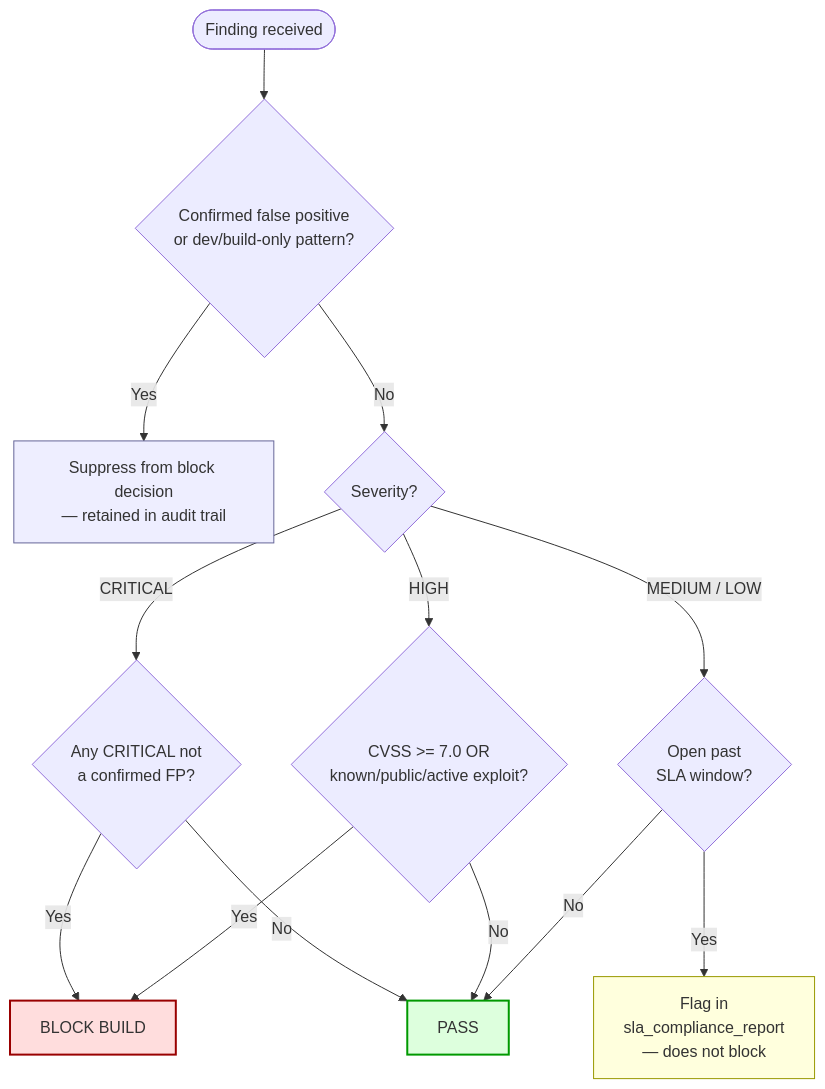
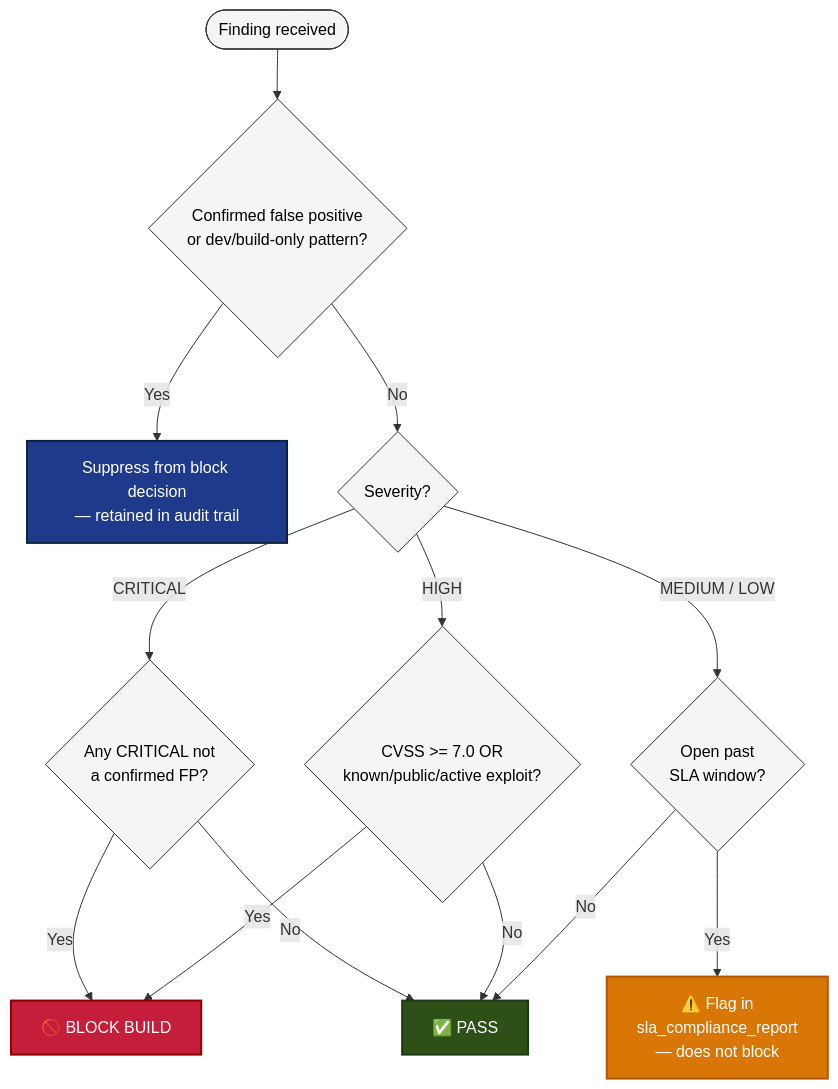
Before and after one commit to JoshuaOmosa/Devsecops-gate: the fourth of 5 diagrams in README.md, drawn with Mermaid. The commit also changed other lines of this file, not shown here.

````diff
--- a/README.md
+++ b/README.md
@@ -133,23 +142,29 @@
 ```mermaid
 flowchart TD
     Start([Finding received]) --> FP{Confirmed false positive<br/>or dev/build-only pattern?}
     FP -->|Yes| Suppress[Suppress from block decision<br/>— retained in audit trail]
     FP -->|No| Sev{Severity?}
 
     Sev -->|CRITICAL| Crit{Any CRITICAL not<br/>a confirmed FP?}
-    Crit -->|Yes| Block[BLOCK BUILD]
-    Crit -->|No| Pass[PASS]
+    Crit -->|Yes| Block["🚫 BLOCK BUILD"]
+    Crit -->|No| Pass["✅ PASS"]
 
     Sev -->|HIGH| High{CVSS >= 7.0 OR<br/>known/public/active exploit?}
     High -->|Yes| Block
     High -->|No| Pass
 
     Sev -->|MEDIUM / LOW| SLACheck{Open past<br/>SLA window?}
-    SLACheck -->|Yes| Flag[Flag in<br/>sla_compliance_report<br/>— does not block]
+    SLACheck -->|Yes| Flag["⚠️ Flag in<br/>sla_compliance_report<br/>— does not block"]
     SLACheck -->|No| Pass
 
-    style Block fill:#fdd,stroke:#900,stroke-width:2px
-    style Pass fill:#dfd,stroke:#090,stroke-width:2px
-    style Suppress fill:#eef,stroke:#669
-    style Flag fill:#ffd,stroke:#990
+    style Block fill:#c41e3a,color:#fff,stroke:#8b0000,stroke-width:2px
+    style Pass fill:#2d5016,color:#fff,stroke:#1a3a1a,stroke-width:2px
+    style Suppress fill:#1e3a8a,color:#fff,stroke:#0c2340,stroke-width:2px
+    style Flag fill:#d97706,color:#fff,stroke:#b45309,stroke-width:2px
+    style Start fill:#f5f5f5,color:#000,stroke:#333
+    style FP fill:#f5f5f5,color:#000,stroke:#333
+    style Sev fill:#f5f5f5,color:#000,stroke:#333
+    style Crit fill:#f5f5f5,color:#000,stroke:#333
+    style High fill:#f5f5f5,color:#000,stroke:#333
+    style SLACheck fill:#f5f5f5,color:#000,stroke:#333
 ```
````
